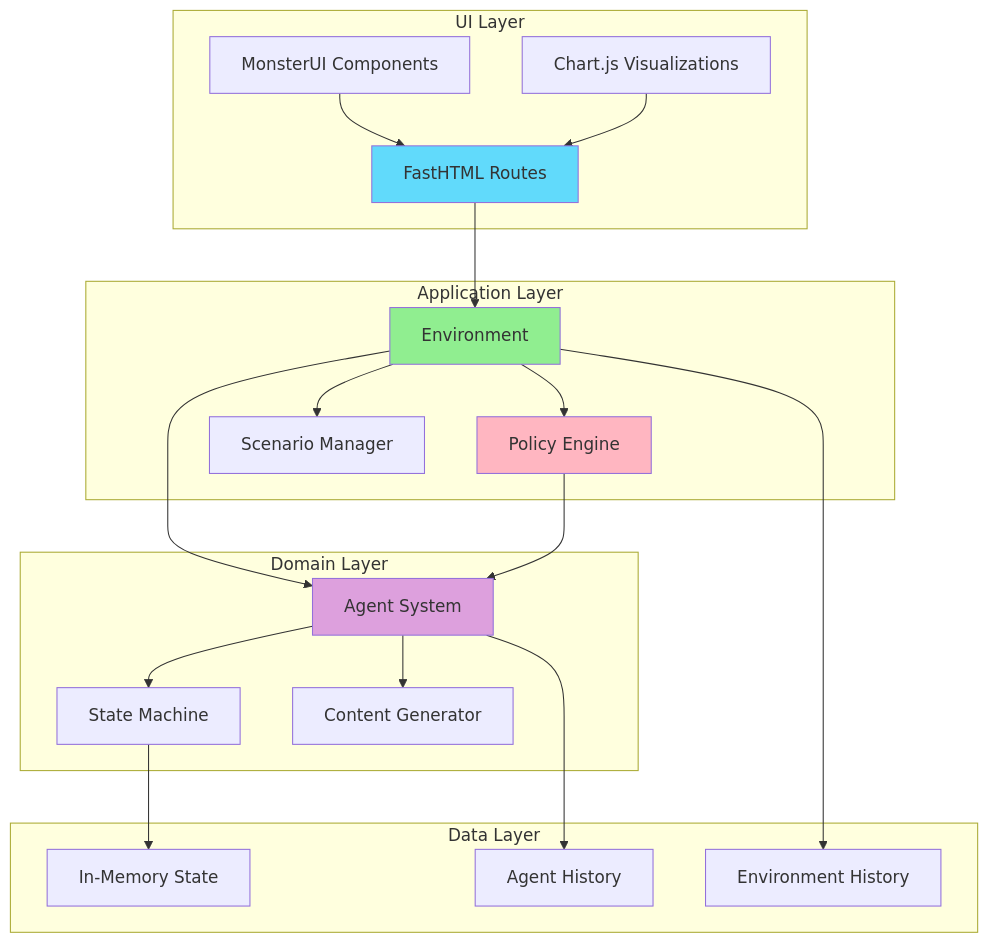
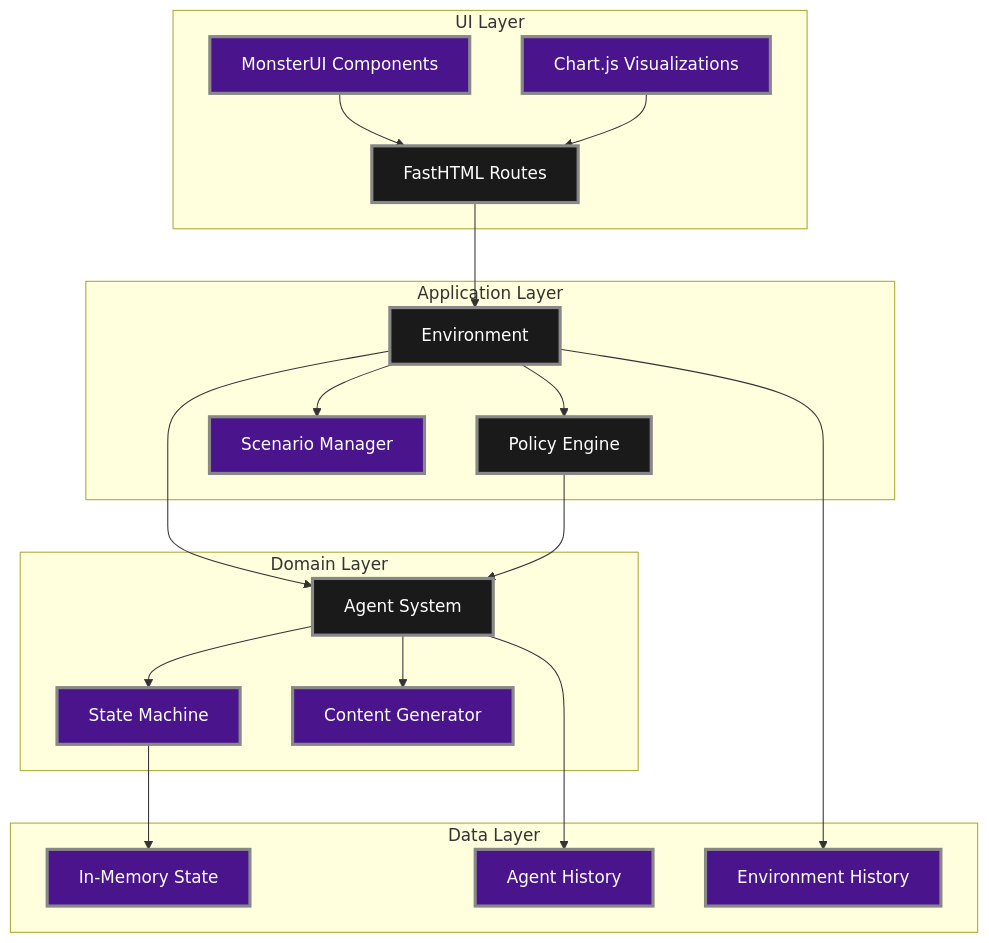
Before and after one commit to codeamt/platform-capitalism: the first of 3 diagrams in docs/architecture/overview.md, drawn with Mermaid. The commit also changed 18 other files, not shown here.

````diff
--- a/docs/architecture/overview.md
+++ b/docs/architecture/overview.md
@@ -7,44 +7,52 @@
 ```mermaid
 graph TB
     subgraph UI Layer
         A[FastHTML Routes]
         B[MonsterUI Components]
         C[Chart.js Visualizations]
     end
     
     subgraph Application Layer
         D[Environment]
         E[Policy Engine]
         F[Scenario Manager]
     end
     
     subgraph Domain Layer
         G[Agent System]
         H[State Machine]
         I[Content Generator]
     end
     
     subgraph Data Layer
         J[In-Memory State]
         K[Agent History]
         L[Environment History]
     end
     
     A --> D
     B --> A
     C --> A
     D --> E
     D --> F
     D --> G
     E --> G
     G --> H
     G --> I
     G --> K
     D --> L
     H --> J
     
-    style A fill:#61DAFB
-    style D fill:#90EE90
-    style E fill:#FFB6C1
-    style G fill:#DDA0DD
+    style A fill:#1a1a1a,stroke:#888,stroke-width:3px,color:#fff
+    style B fill:#4A148C,stroke:#888,stroke-width:3px,color:#fff
+    style C fill:#4A148C,stroke:#888,stroke-width:3px,color:#fff
+    style D fill:#1a1a1a,stroke:#888,stroke-width:3px,color:#fff
+    style E fill:#1a1a1a,stroke:#888,stroke-width:3px,color:#fff
+    style F fill:#4A148C,stroke:#888,stroke-width:3px,color:#fff
+    style G fill:#1a1a1a,stroke:#888,stroke-width:3px,color:#fff
+    style H fill:#4A148C,stroke:#888,stroke-width:3px,color:#fff
+    style I fill:#4A148C,stroke:#888,stroke-width:3px,color:#fff
+    style J fill:#4A148C,stroke:#888,stroke-width:3px,color:#fff
+    style K fill:#4A148C,stroke:#888,stroke-width:3px,color:#fff
+    style L fill:#4A148C,stroke:#888,stroke-width:3px,color:#fff
 ```
````
